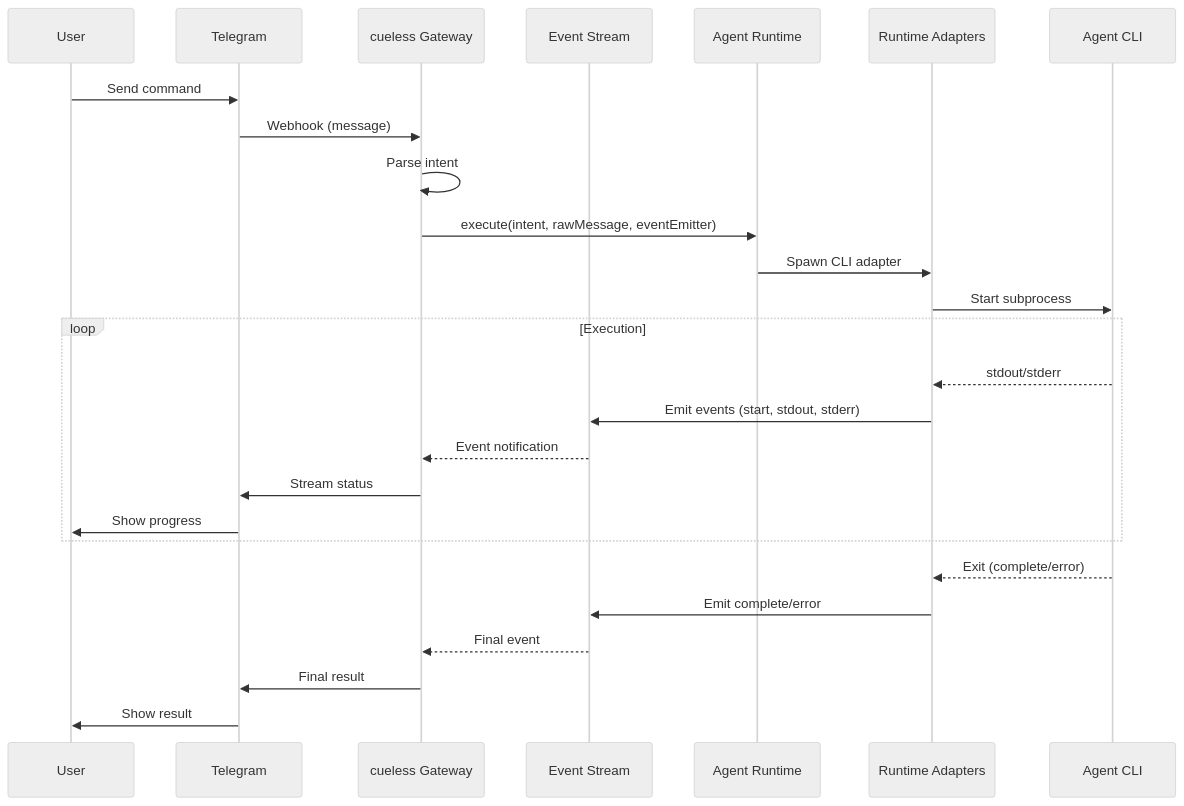
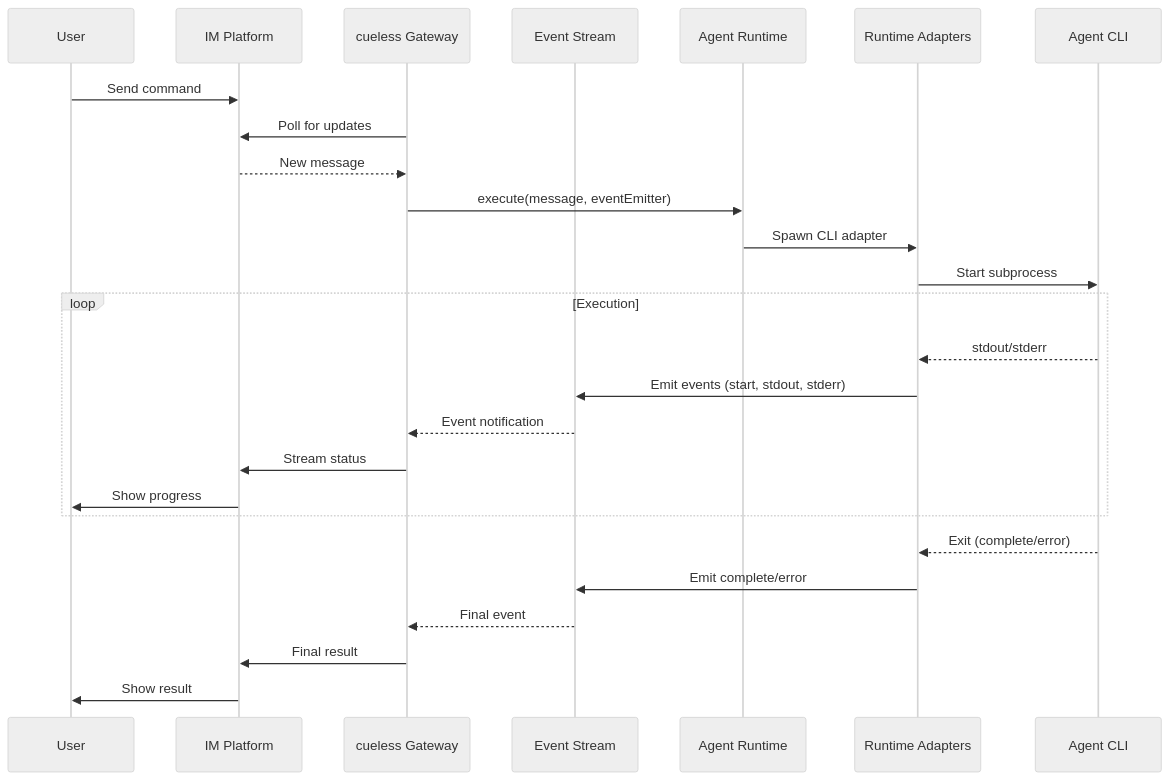
One commit to codervisor/cueless changed the diagram in specs/001-bootstrap-cueless/README.md. Above: the diagram before and after it, drawn with Mermaid (neutral theme). The commit also changed other lines of this file, not shown here.

Commit message:
Refactor README to clarify IM control layer functionality and update architecture diagram for multi-platform support

````diff
--- a/specs/001-bootstrap-cueless/README.md
+++ b/specs/001-bootstrap-cueless/README.md
@@ -28,31 +28,31 @@
 ```mermaid
 sequenceDiagram
     participant User
-    participant Telegram
+    participant IM as IM Platform
     participant Gateway as cueless Gateway
     participant EventStream as Event Stream
     participant Runtime as Agent Runtime
     participant Adapters as Runtime Adapters
     participant CLI as Agent CLI
 
-    User->>Telegram: Send command
-    Telegram->>Gateway: Webhook (message)
-    Gateway->>Gateway: Parse intent
-    Gateway->>Runtime: execute(intent, rawMessage, eventEmitter)
+    User->>IM: Send command
+    Gateway->>IM: Poll for updates
+    IM-->>Gateway: New message
+    Gateway->>Runtime: execute(message, eventEmitter)
     Runtime->>Adapters: Spawn CLI adapter
     Adapters->>CLI: Start subprocess
     
     loop Execution
         CLI-->>Adapters: stdout/stderr
         Adapters->>EventStream: Emit events (start, stdout, stderr)
         EventStream-->>Gateway: Event notification
-        Gateway->>Telegram: Stream status
-        Telegram->>User: Show progress
+        Gateway->>IM: Stream status
+        IM->>User: Show progress
     end
     
     CLI-->>Adapters: Exit (complete/error)
     Adapters->>EventStream: Emit complete/error
     EventStream-->>Gateway: Final event
-    Gateway->>Telegram: Final result
-    Telegram->>User: Show result
+    Gateway->>IM: Final result
+    IM->>User: Show result
 ```
````
